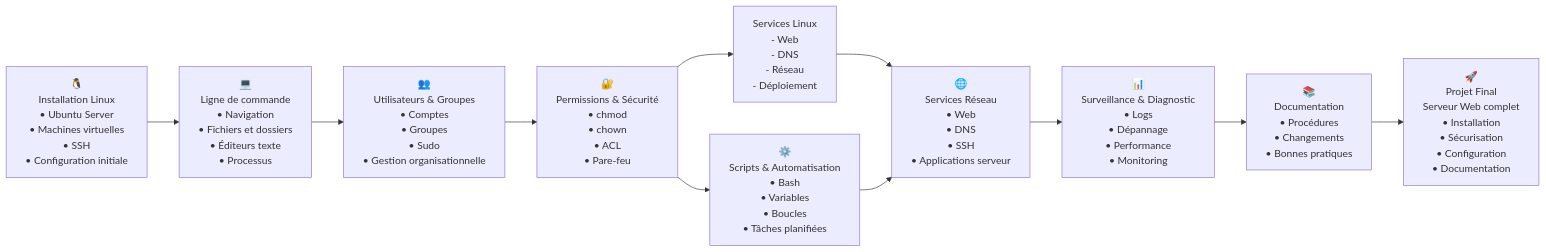
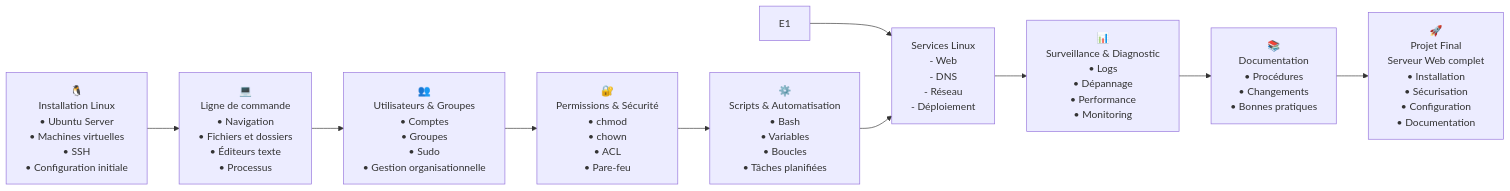
One commit to CollegeBoreal/INF1085-201-26A-04 changed the third of 4 diagrams in 0.PlanDeCours/README.md. Above: the diagram before and after it, drawn with Mermaid.

Commit message:
Update Linux services section in README
Removed and reorganized sections related to Linux services in the README.

```diff
--- a/0.PlanDeCours/README.md
+++ b/0.PlanDeCours/README.md
@@ -140,14 +140,6 @@
 • Pare-feu
 "]
 
-D --> E1["
-Services Linux
- - Web
- - DNS
- - Réseau
- - Déploiement
-"]
-
 D --> E2["⚙️
 Scripts & Automatisation
 • Bash
@@ -164,7 +156,13 @@
 • Applications serveur
 "]
 
-E2 --> F
+E2 --> F["
+Services Linux
+ - Web
+ - DNS
+ - Réseau
+ - Déploiement
+"]
 
 F --> G["📊
 Surveillance & Diagnostic
```
